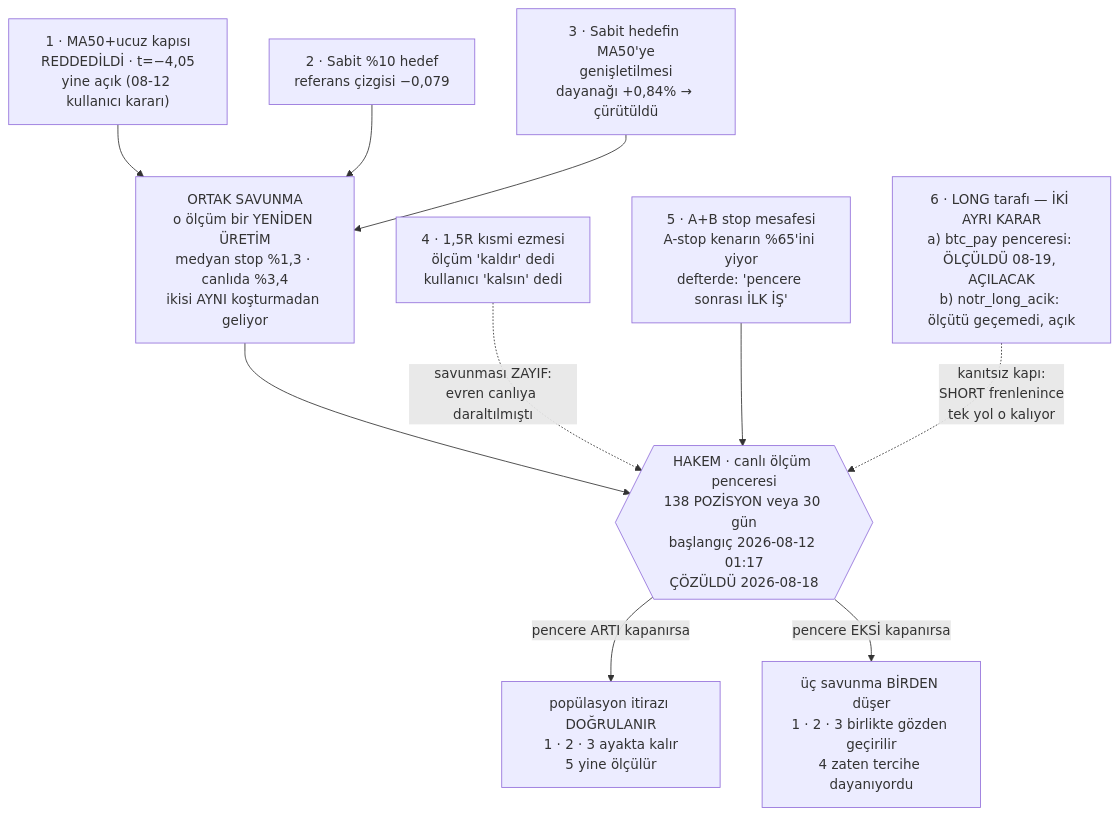
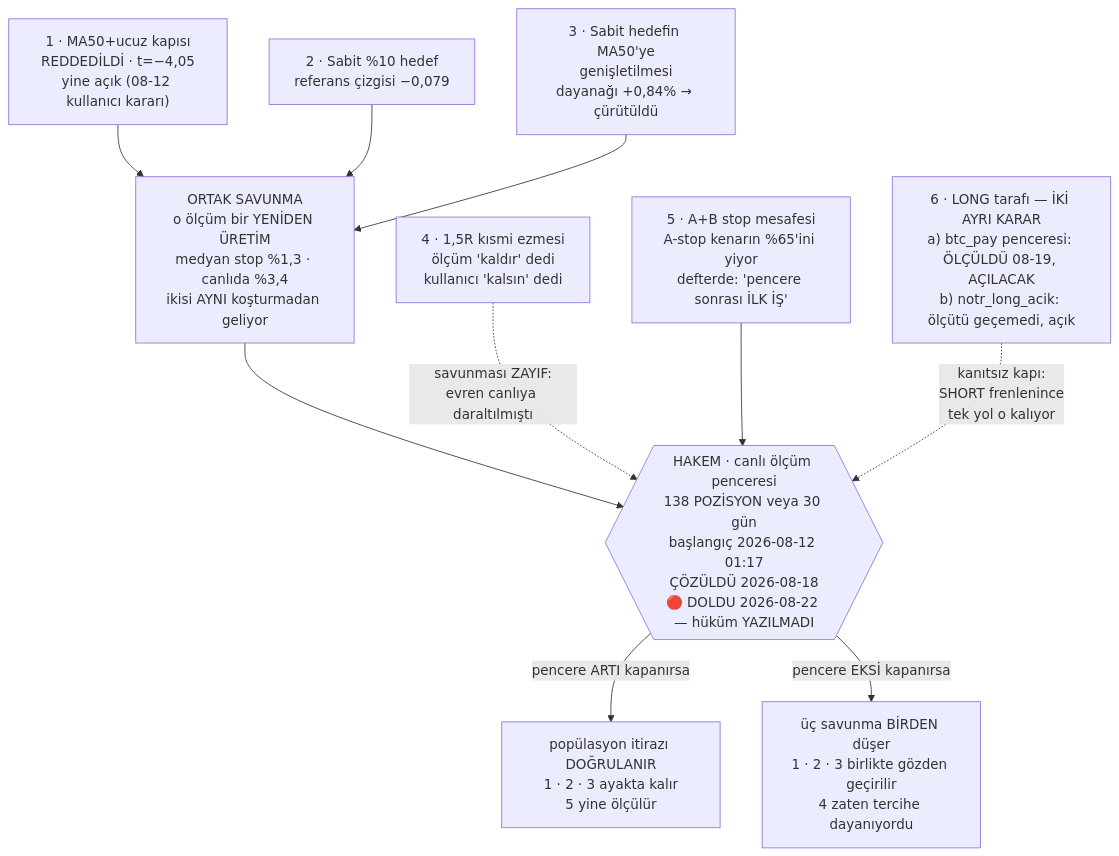
One commit to irisphotofethiye-bocici/kripto-trade changed the diagram in durum.md. Above: the diagram before and after it, drawn with Mermaid. The commit also changed other lines of this file, not shown here.

First line of the commit message:
durum: HAKEM PENCERESI 2026-08-22'de DOLDU — 13 gun fark edilmedi

````diff
--- a/durum.md
+++ b/durum.md
@@ -148,22 +169,22 @@
 ```mermaid
 flowchart TD
     A["1 · MA50+ucuz kapısı<br/>REDDEDİLDİ · t=−4,05<br/>yine açık (08-12 kullanıcı kararı)"]
     B["2 · Sabit %10 hedef<br/>referans çizgisi −0,079"]
     C["3 · Sabit hedefin MA50'ye<br/>genişletilmesi<br/>dayanağı +0,84% → çürütüldü"]
     S["ORTAK SAVUNMA<br/>o ölçüm bir YENİDEN ÜRETİM<br/>medyan stop %1,3 · canlıda %3,4<br/>ikisi AYNI koşturmadan geliyor"]
     D["4 · 1,5R kısmi ezmesi<br/>ölçüm 'kaldır' dedi<br/>kullanıcı 'kalsın' dedi"]
     E["5 · A+B stop mesafesi<br/>A-stop kenarın %65'ini yiyor<br/>defterde: 'pencere sonrası İLK İŞ'"]
     F["6 · LONG tarafı — İKİ AYRI KARAR<br/>a) btc_pay penceresi: ÖLÇÜLDÜ 08-19, AÇILACAK<br/>b) notr_long_acik: ölçütü geçemedi, açık"]
-    W{{"HAKEM · canlı ölçüm penceresi<br/>138 POZİSYON veya 30 gün<br/>başlangıç 2026-08-12 01:17<br/>ÇÖZÜLDÜ 2026-08-18"}}
+    W{{"HAKEM · canlı ölçüm penceresi<br/>138 POZİSYON veya 30 gün<br/>başlangıç 2026-08-12 01:17<br/>ÇÖZÜLDÜ 2026-08-18<br/>🔴 DOLDU 2026-08-22 — hüküm YAZILMADI"}}
     P["popülasyon itirazı DOĞRULANIR<br/>1 · 2 · 3 ayakta kalır<br/>5 yine ölçülür"]
     M["üç savunma BİRDEN düşer<br/>1 · 2 · 3 birlikte gözden geçirilir<br/>4 zaten tercihe dayanıyordu"]
     A --> S
     B --> S
     C --> S
     S --> W
     D -. "savunması ZAYIF:<br/>evren canlıya daraltılmıştı" .-> W
     E --> W
     F -. "kanıtsız kapı:<br/>SHORT frenlenince<br/>tek yol o kalıyor" .-> W
     W -- "pencere ARTI kapanırsa" --> P
     W -- "pencere EKSİ kapanırsa" --> M
 ```
````
